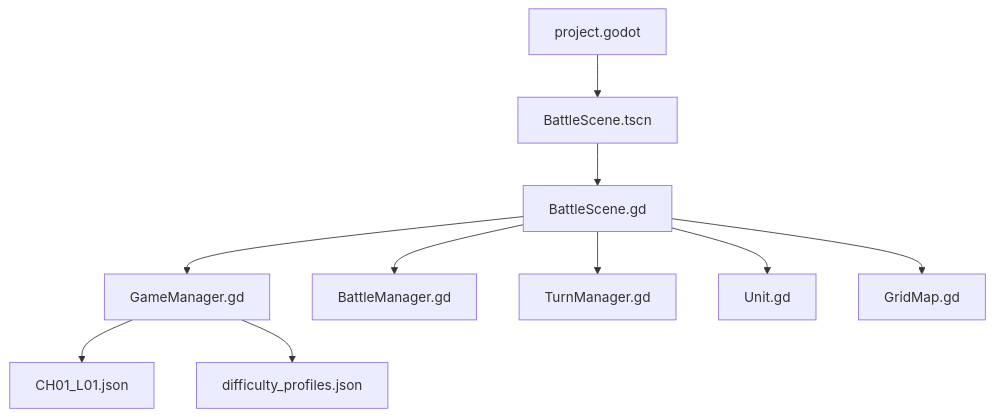
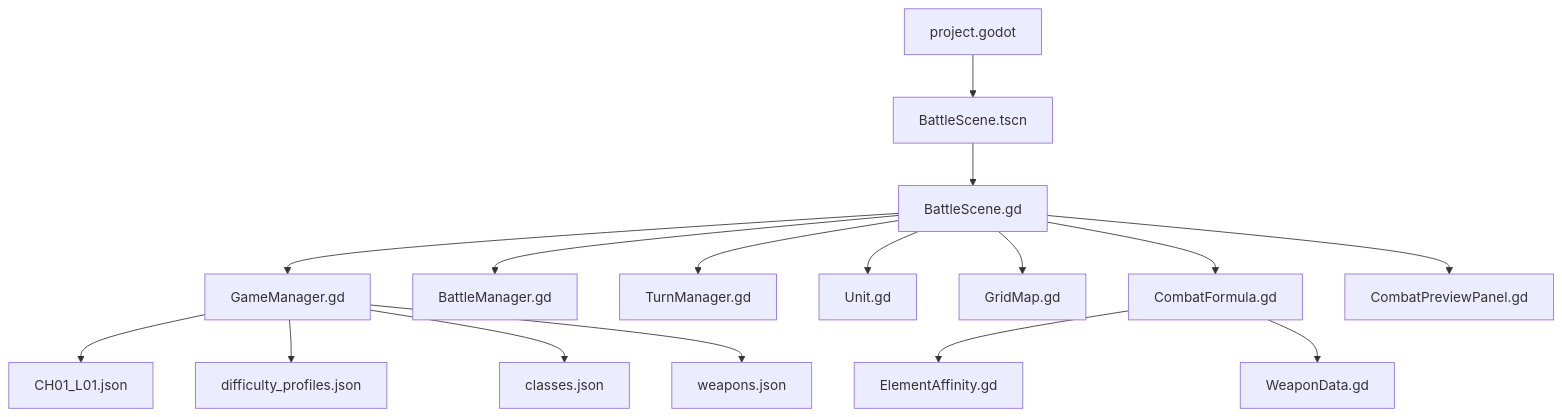
One commit to cui2573977943-code/agent changed the diagram in docs/TECHNICAL_DESIGN.md. Above: the diagram before and after it, drawn with Mermaid. The commit also changed other lines of this file and 12 other files, not shown here.

````diff
--- a/docs/TECHNICAL_DESIGN.md
+++ b/docs/TECHNICAL_DESIGN.md
@@ -5,12 +5,18 @@
 ```mermaid
 flowchart TD
     Project[project.godot] --> BattleScene[BattleScene.tscn]
     BattleScene --> BattleScript[BattleScene.gd]
     BattleScript --> GameManager[GameManager.gd]
     BattleScript --> BattleManager[BattleManager.gd]
     BattleScript --> TurnManager[TurnManager.gd]
     BattleScript --> TacticalUnit[Unit.gd]
     BattleScript --> GridMap[GridMap.gd]
+    BattleScript --> CombatFormula[CombatFormula.gd]
+    BattleScript --> Preview[CombatPreviewPanel.gd]
+    CombatFormula --> ElementAffinity[ElementAffinity.gd]
+    CombatFormula --> WeaponData[WeaponData.gd]
     GameManager --> LevelJson[CH01_L01.json]
     GameManager --> DifficultyJson[difficulty_profiles.json]
+    GameManager --> ClassJson[classes.json]
+    GameManager --> WeaponJson[weapons.json]
 ```
````
